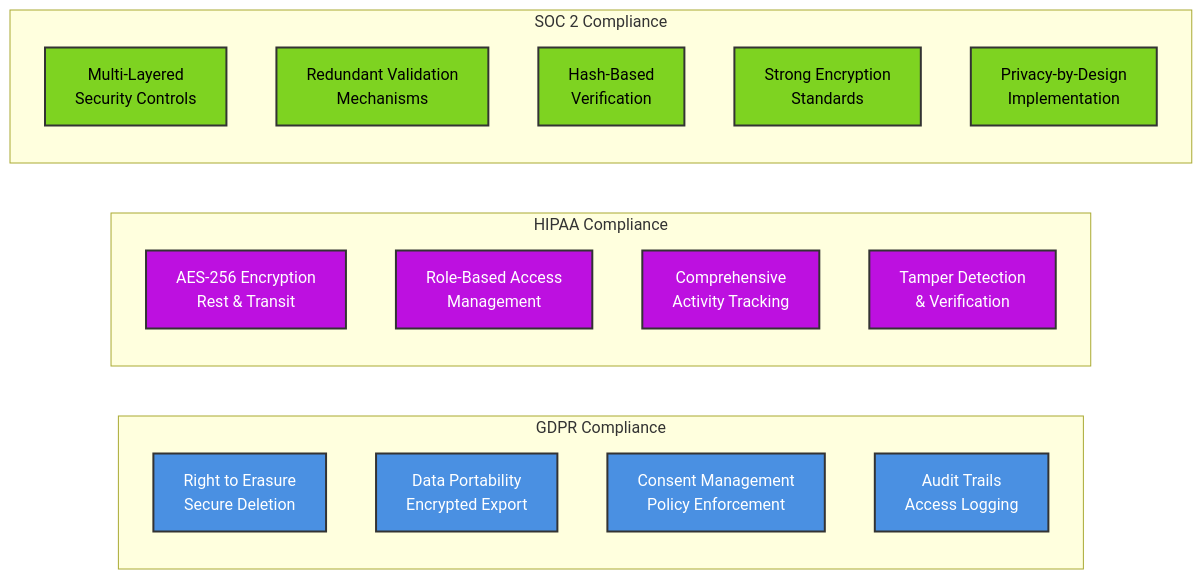
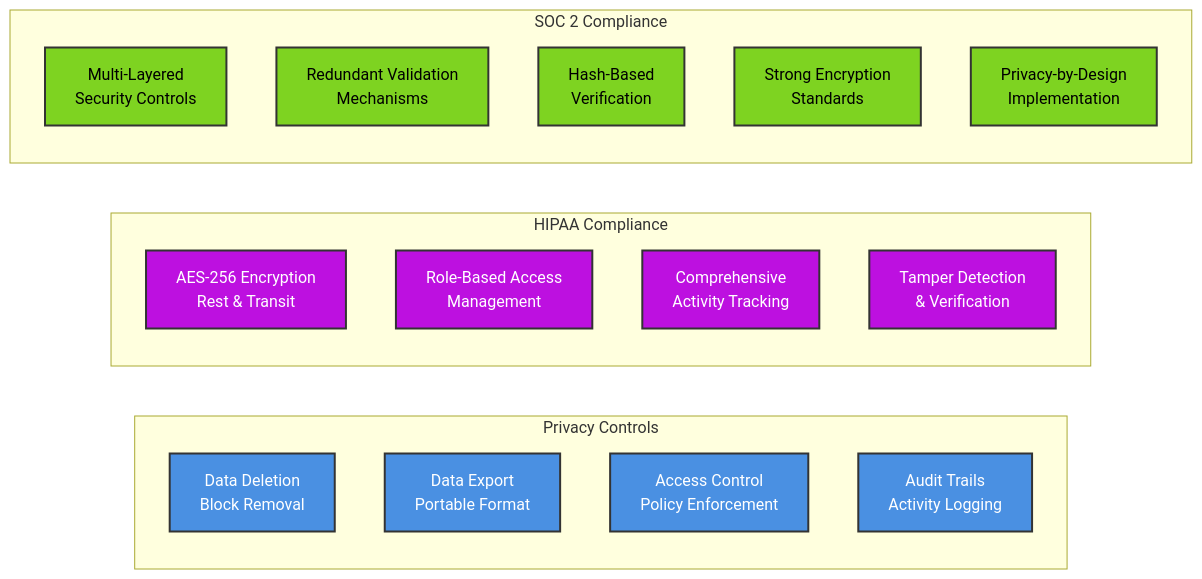
Diagram 16 of 24 in SECURITY_SPECIFICATION.md (mbhatt1/maifscratch), drawn with Mermaid before and after one commit. The commit also changed other lines of this file and 1 other file, not shown here.

````diff
--- a/SECURITY_SPECIFICATION.md
+++ b/SECURITY_SPECIFICATION.md
@@ -741,38 +741,38 @@
 ```mermaid
 graph LR
-    subgraph "GDPR Compliance"
-        A[Right to Erasure<br/>Secure Deletion]
-        B[Data Portability<br/>Encrypted Export]
-        C[Consent Management<br/>Policy Enforcement]
-        D[Audit Trails<br/>Access Logging]
+    subgraph "Privacy Controls"
+        A[Data Deletion<br/>Block Removal]
+        B[Data Export<br/>Portable Format]
+        C[Access Control<br/>Policy Enforcement]
+        D[Audit Trails<br/>Activity Logging]
     end
     
     subgraph "HIPAA Compliance"
         E[AES-256 Encryption<br/>Rest & Transit]
         F[Role-Based Access<br/>Management]
         G[Comprehensive<br/>Activity Tracking]
         H[Tamper Detection<br/>& Verification]
     end
     
     subgraph "SOC 2 Compliance"
         I[Multi-Layered<br/>Security Controls]
         J[Redundant Validation<br/>Mechanisms]
         K[Hash-Based<br/>Verification]
         L[Strong Encryption<br/>Standards]
         M[Privacy-by-Design<br/>Implementation]
     end
     
     style A fill:#4A90E2,stroke:#333,stroke-width:2px,color:#fff
     style B fill:#4A90E2,stroke:#333,stroke-width:2px,color:#fff
     style C fill:#4A90E2,stroke:#333,stroke-width:2px,color:#fff
     style D fill:#4A90E2,stroke:#333,stroke-width:2px,color:#fff
     style E fill:#BD10E0,stroke:#333,stroke-width:2px,color:#fff
     style F fill:#BD10E0,stroke:#333,stroke-width:2px,color:#fff
     style G fill:#BD10E0,stroke:#333,stroke-width:2px,color:#fff
     style H fill:#BD10E0,stroke:#333,stroke-width:2px,color:#fff
     style I fill:#7ED321,stroke:#333,stroke-width:2px,color:#000
     style J fill:#7ED321,stroke:#333,stroke-width:2px,color:#000
     style K fill:#7ED321,stroke:#333,stroke-width:2px,color:#000
     style L fill:#7ED321,stroke:#333,stroke-width:2px,color:#000
     style M fill:#7ED321,stroke:#333,stroke-width:2px,color:#000
 ```
````
